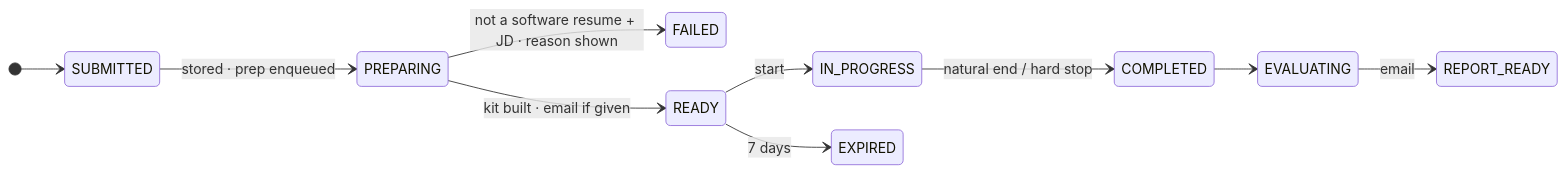
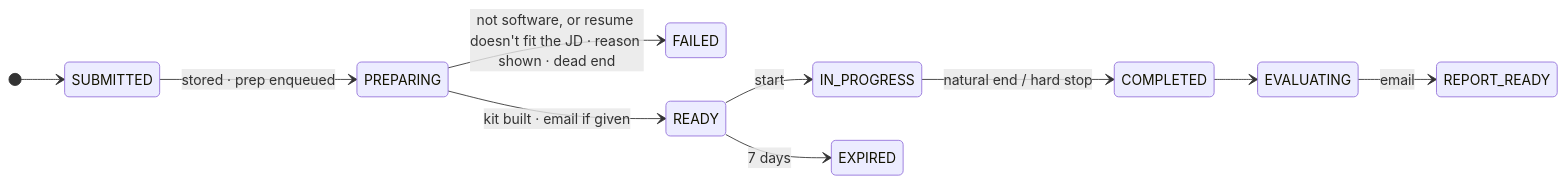
The second of 6 diagrams in docs/deep-dive.md (sshubham07/qualifai), drawn with Mermaid before and after one commit. The commit also changed other lines of this file and 39 other files, not shown here.

````diff
--- a/docs/deep-dive.md
+++ b/docs/deep-dive.md
@@ -113,13 +113,13 @@
 ```mermaid
 stateDiagram-v2
   direction LR
   [*] --> SUBMITTED
   SUBMITTED --> PREPARING: stored · prep enqueued
-  PREPARING --> FAILED: not a software resume + JD · reason shown
+  PREPARING --> FAILED: not software, or resume doesn't fit the JD · reason shown · dead end
   PREPARING --> READY: kit built · email if given
   READY --> IN_PROGRESS: start
   READY --> EXPIRED: 7 days
   IN_PROGRESS --> COMPLETED: natural end / hard stop
   COMPLETED --> EVALUATING
   EVALUATING --> REPORT_READY: email
 ```
````
